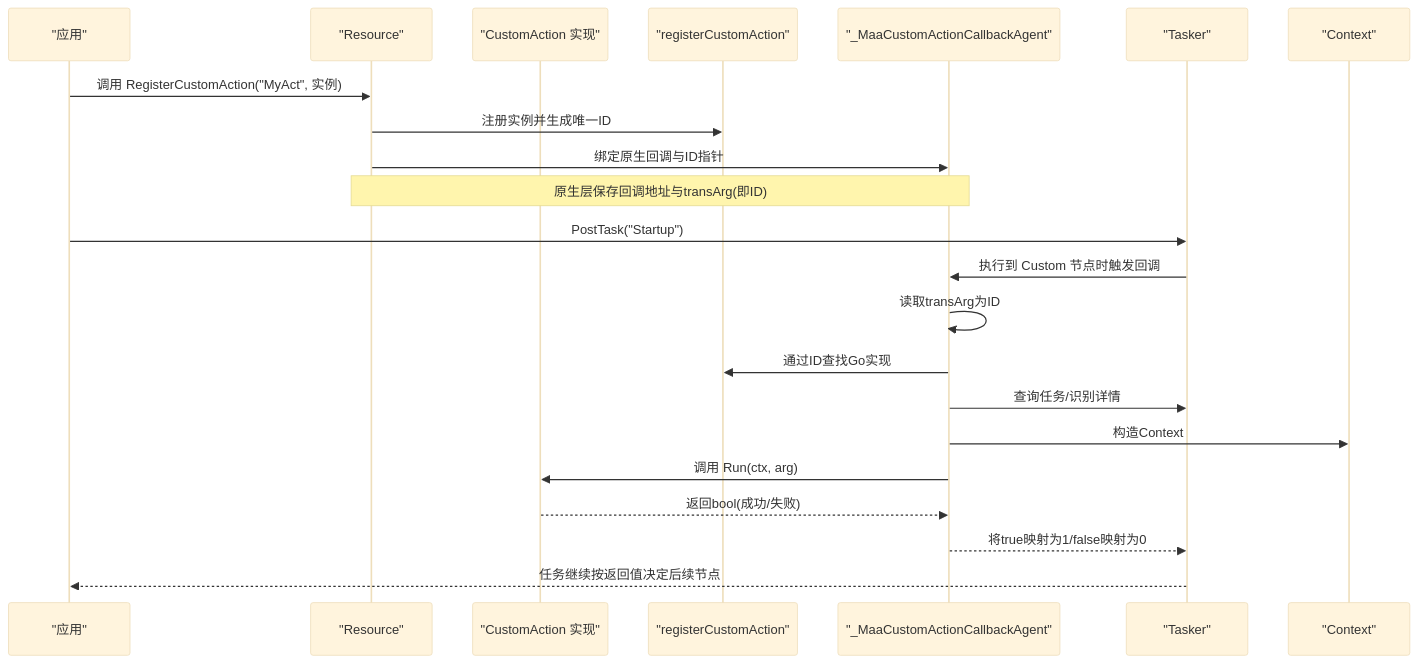
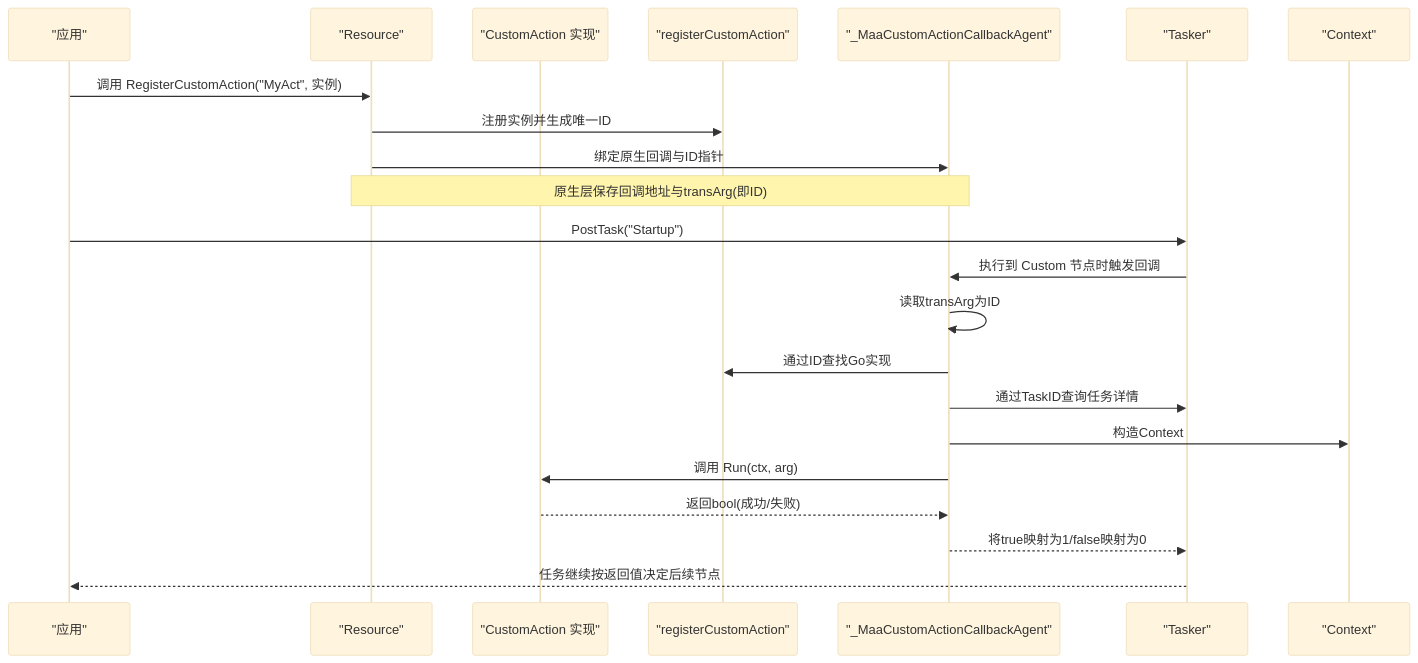
One commit to kqcoxn/MaaPipelineEditor changed the second of 5 diagrams in instructions/maafw-golang-binding/高级功能/自定义动作.md. Above: the diagram before and after it, drawn with Mermaid (base theme). The commit also changed other lines of this file and 7 other files, not shown here.

````diff
--- a/instructions/maafw-golang-binding/高级功能/自定义动作.md
+++ b/instructions/maafw-golang-binding/高级功能/自定义动作.md
@@ -108,24 +115,24 @@
 ```mermaid
 sequenceDiagram
 participant App as "应用"
 participant Res as "Resource"
 participant GoCA as "CustomAction 实现"
 participant Reg as "registerCustomAction"
 participant CB as "_MaaCustomActionCallbackAgent"
 participant Tasker as "Tasker"
 participant Ctx as "Context"
 App->>Res : 调用 RegisterCustomAction("MyAct", 实例)
 Res->>Reg : 注册实例并生成唯一ID
 Res->>CB : 绑定原生回调与ID指针
 Note over Res,CB : 原生层保存回调地址与transArg(即ID)
 App->>Tasker : PostTask("Startup")
 Tasker->>CB : 执行到 Custom 节点时触发回调
 CB->>CB : 读取transArg为ID
 CB->>Reg : 通过ID查找Go实现
-CB->>Tasker : 查询任务/识别详情
+CB->>Tasker : 通过TaskID查询任务详情
 CB->>Ctx : 构造Context
 CB->>GoCA : 调用 Run(ctx, arg)
 GoCA-->>CB : 返回bool(成功/失败)
 CB-->>Tasker : 将true映射为1/false映射为0
 Tasker-->>App : 任务继续按返回值决定后续节点
 ```
````
